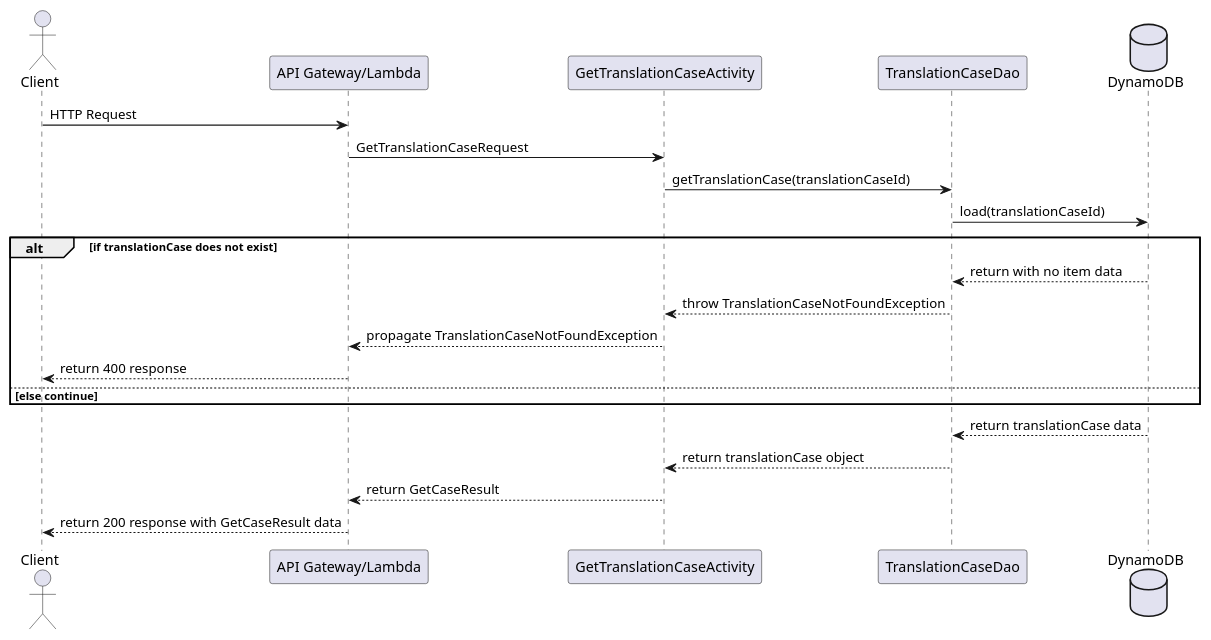
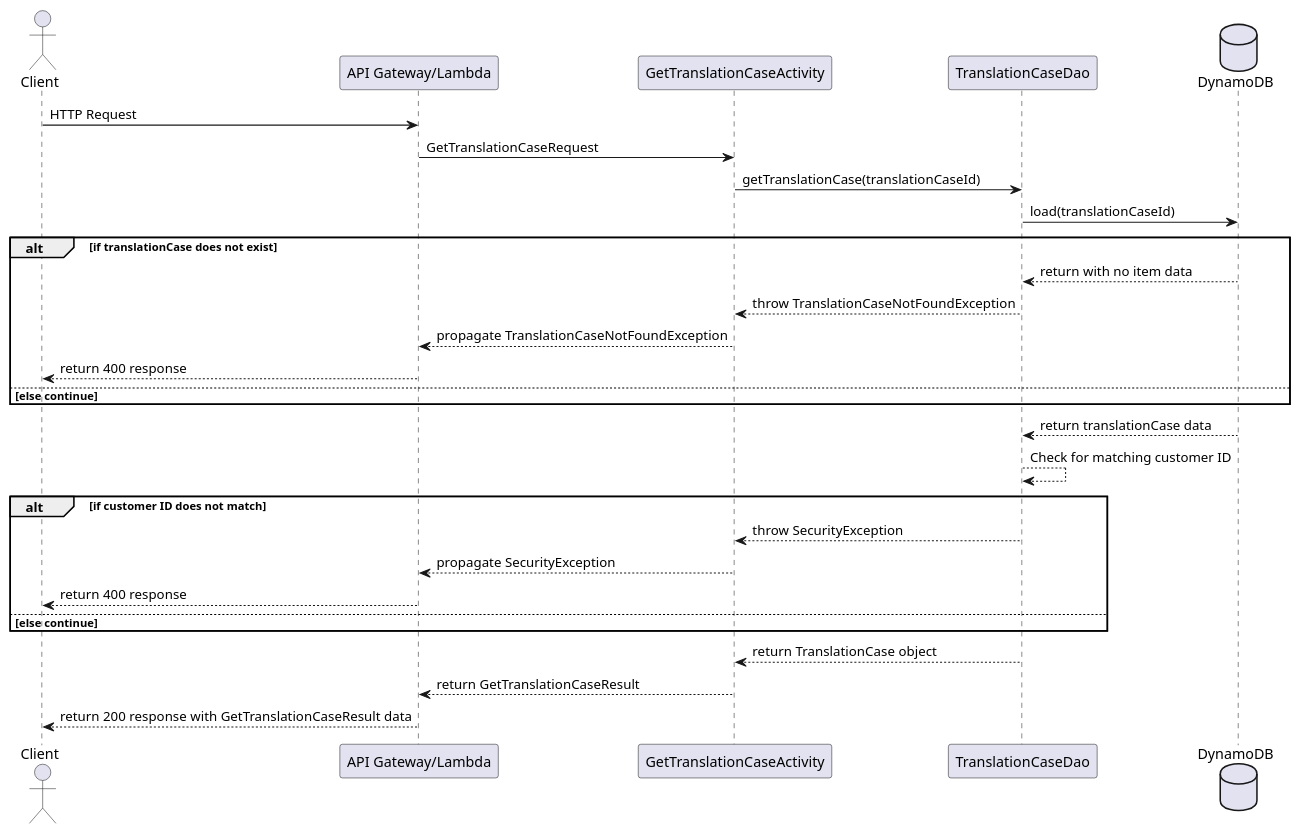
Before and after one commit to usedtothink/translation-tracker: the diagram in resources/GetTranslationCase-Sequence.puml, drawn with PlantUML. The commit also changed 30 other files, not shown here.

```diff
--- a/resources/GetTranslationCase-Sequence.puml
+++ b/resources/GetTranslationCase-Sequence.puml
@@ -1,27 +1,37 @@
 @startuml
 
 actor Client
 participant "API Gateway/Lambda"
 participant GetTranslationCaseActivity
 participant TranslationCaseDao
 database    DynamoDB
 
 Client -> "API Gateway/Lambda" : HTTP Request
 "API Gateway/Lambda" -> GetTranslationCaseActivity : GetTranslationCaseRequest
 GetTranslationCaseActivity -> TranslationCaseDao : getTranslationCase(translationCaseId)
 TranslationCaseDao -> DynamoDB : load(translationCaseId)
 
 alt if translationCase does not exist
     DynamoDB --> TranslationCaseDao : return with no item data
     TranslationCaseDao --> GetTranslationCaseActivity : throw TranslationCaseNotFoundException
     GetTranslationCaseActivity --> "API Gateway/Lambda" : propagate TranslationCaseNotFoundException
     "API Gateway/Lambda" --> Client : return 400 response
 else else continue
 end
 
 DynamoDB --> TranslationCaseDao : return translationCase data
-TranslationCaseDao --> GetTranslationCaseActivity : return translationCase object
-GetTranslationCaseActivity --> "API Gateway/Lambda" : return GetCaseResult
-"API Gateway/Lambda" --> Client : return 200 response with GetCaseResult data
+TranslationCaseDao --> TranslationCaseDao : Check for matching customer ID
+
+alt if customer ID does not match
+    TranslationCaseDao --> GetTranslationCaseActivity : throw SecurityException
+    GetTranslationCaseActivity --> "API Gateway/Lambda" : propagate SecurityException
+    "API Gateway/Lambda" --> Client : return 400 response
+else else continue
+end
+
+
+TranslationCaseDao --> GetTranslationCaseActivity : return TranslationCase object
+GetTranslationCaseActivity --> "API Gateway/Lambda" : return GetTranslationCaseResult
+"API Gateway/Lambda" --> Client : return 200 response with GetTranslationCaseResult data
 
 @enduml
```
